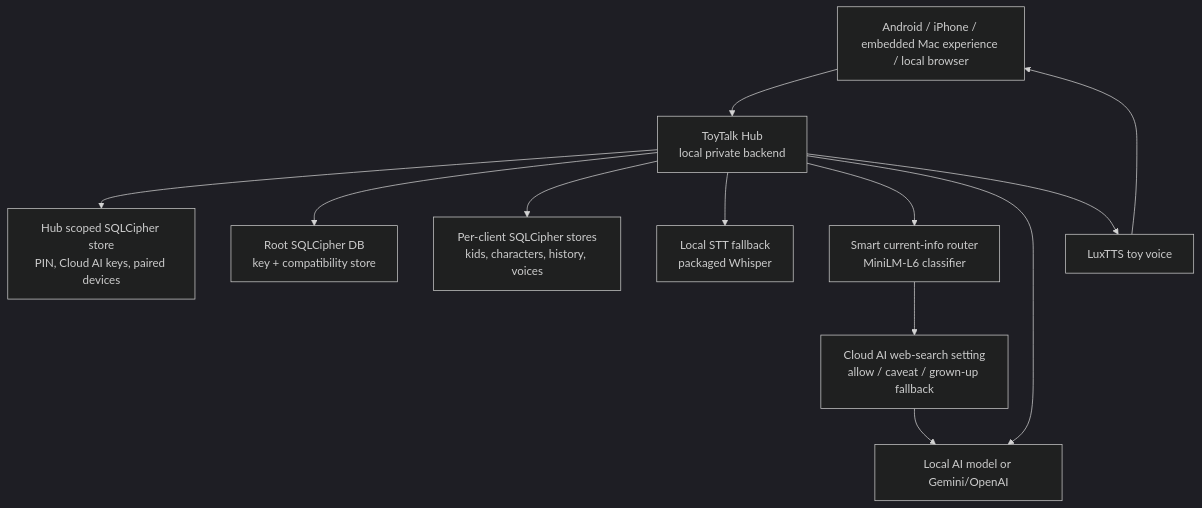
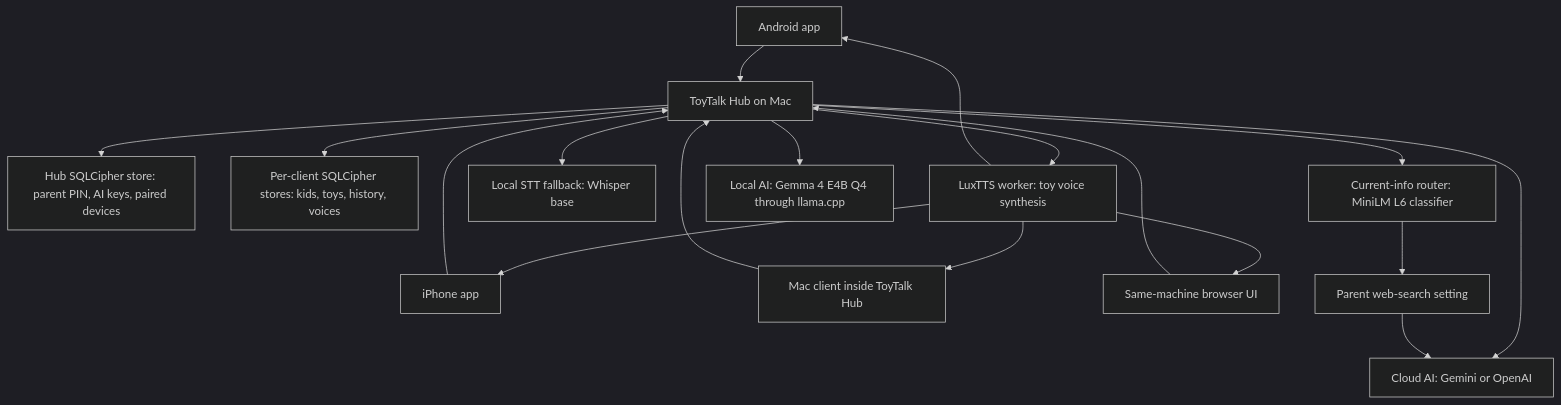
One commit to palwe-prafulla/plushpal changed the diagram in README.md. Above: the diagram before and after it, drawn with Mermaid (dark theme). The commit also changed other lines of this file and 3 other files, not shown here.

````diff
--- a/README.md
+++ b/README.md
@@ -98,14 +105,27 @@
 ```mermaid
 flowchart TB
-    Clients["Android / iPhone / embedded Mac experience / local browser"] --> Hub["ToyTalk Hub<br/>local private backend"]
-    Hub --> HubDB["Hub scoped SQLCipher store<br/>PIN, Cloud AI keys, paired devices"]
-    Hub --> Registry["Root SQLCipher DB<br/>key + compatibility store"]
-    Hub --> ClientDB["Per-client SQLCipher stores<br/>kids, characters, history, voices"]
-    Hub --> STT["Local STT fallback<br/>packaged Whisper"]
-    Hub --> Router["Smart current-info router<br/>MiniLM-L6 classifier"]
-    Router --> SearchGate["Cloud AI web-search setting<br/>allow / caveat / grown-up fallback"]
-    Hub --> AI["Local AI model or Gemini/OpenAI"]
-    SearchGate --> AI
-    Hub --> TTS["LuxTTS toy voice"]
-    TTS --> Clients
+    Android["Android app"]
+    IPhone["iPhone app"]
+    MacClient["Mac client inside ToyTalk Hub"]
+    Browser["Same-machine browser UI"]
+
+    Android --> Hub["ToyTalk Hub on Mac"]
+    IPhone --> Hub
+    MacClient --> Hub
+    Browser --> Hub
+
+    Hub --> HubStore["Hub SQLCipher store: parent PIN, AI keys, paired devices"]
+    Hub --> ClientStores["Per-client SQLCipher stores: kids, toys, history, voices"]
+    Hub --> Voice["LuxTTS worker: toy voice synthesis"]
+    Hub --> STT["Local STT fallback: Whisper base"]
+    Hub --> Router["Current-info router: MiniLM L6 classifier"]
+    Hub --> LocalAI["Local AI: Gemma 4 E4B Q4 through llama.cpp"]
+    Hub --> CloudAI["Cloud AI: Gemini or OpenAI"]
+
+    Router --> SearchPolicy["Parent web-search setting"]
+    SearchPolicy --> CloudAI
+    Voice --> Android
+    Voice --> IPhone
+    Voice --> MacClient
+    Voice --> Browser
 ```
````
